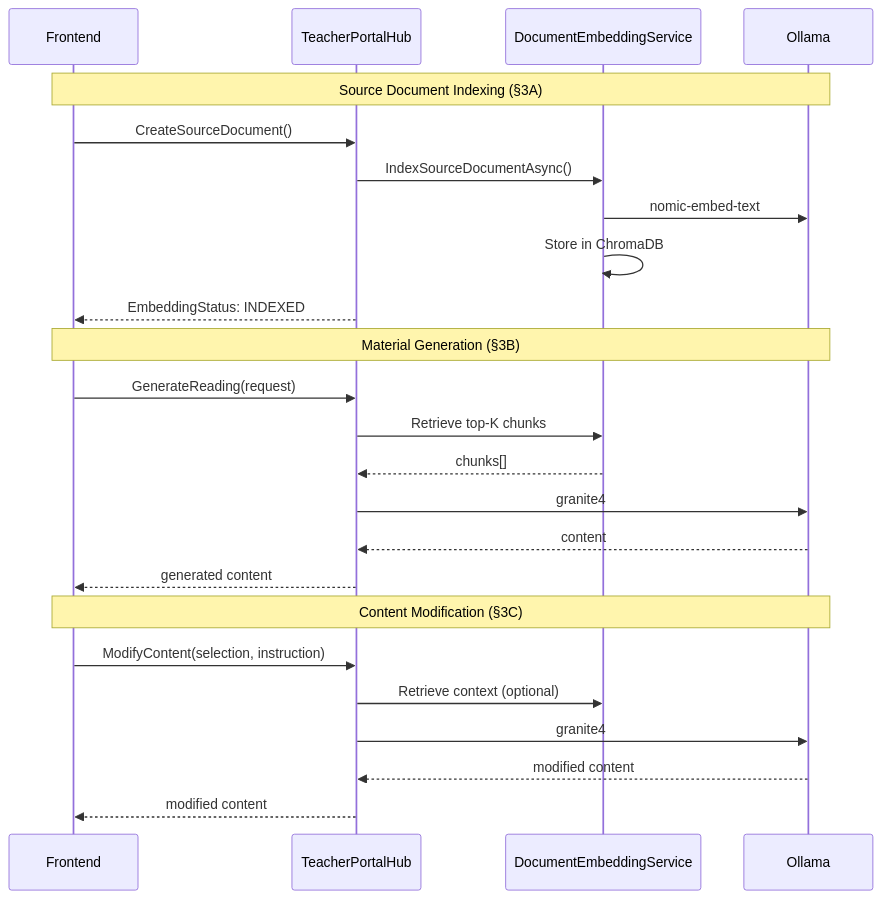
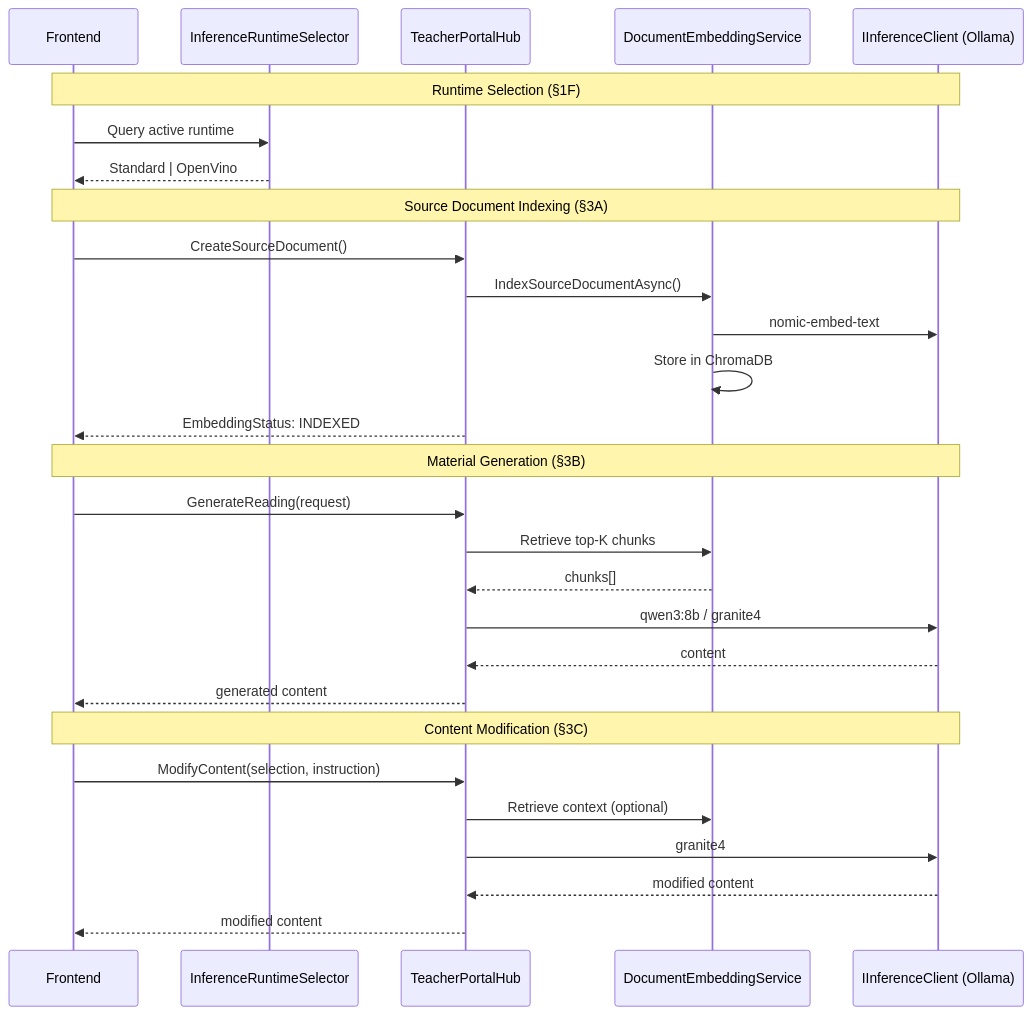
Before and after one commit to raphaellith/Manuscripta: the diagram in windows/ManuscriptaTeacherApp/docs/specifications/GenAISpec.md, drawn with Mermaid. The commit also changed other lines of this file and 4 other files, not shown here.

Commit message:
docs: Specifications for OpenVino Integration

````diff
--- a/windows/ManuscriptaTeacherApp/docs/specifications/GenAISpec.md
+++ b/windows/ManuscriptaTeacherApp/docs/specifications/GenAISpec.md
@@ -570,29 +707,34 @@
 ```mermaid
 sequenceDiagram
     participant Frontend
+    participant Selector as InferenceRuntimeSelector
     participant Hub as TeacherPortalHub
     participant RAG as DocumentEmbeddingService
-    participant Ollama
+    participant Inference as IInferenceClient (Ollama)
 
-    Note over Frontend,Ollama: Source Document Indexing (§3A)
+    Note over Frontend,Inference: Runtime Selection (§1F)
+    Frontend->>Selector: Query active runtime
+    Selector-->>Frontend: Standard | OpenVino
+
+    Note over Frontend,Inference: Source Document Indexing (§3A)
     Frontend->>Hub: CreateSourceDocument()
     Hub->>RAG: IndexSourceDocumentAsync()
-    RAG->>Ollama: nomic-embed-text
+    RAG->>Inference: nomic-embed-text
     RAG->>RAG: Store in ChromaDB
     Hub-->>Frontend: EmbeddingStatus: INDEXED
 
-    Note over Frontend,Ollama: Material Generation (§3B)
+    Note over Frontend,Inference: Material Generation (§3B)
     Frontend->>Hub: GenerateReading(request)
     Hub->>RAG: Retrieve top-K chunks
     RAG-->>Hub: chunks[]
-    Hub->>Ollama: granite4
-    Ollama-->>Hub: content
+    Hub->>Inference: qwen3:8b / granite4
+    Inference-->>Hub: content
     Hub-->>Frontend: generated content
 
-    Note over Frontend,Ollama: Content Modification (§3C)
+    Note over Frontend,Inference: Content Modification (§3C)
     Frontend->>Hub: ModifyContent(selection, instruction)
     Hub->>RAG: Retrieve context (optional)
-    Hub->>Ollama: granite4
-    Ollama-->>Hub: modified content
+    Hub->>Inference: granite4
+    Inference-->>Hub: modified content
     Hub-->>Frontend: modified content
 ```
````
